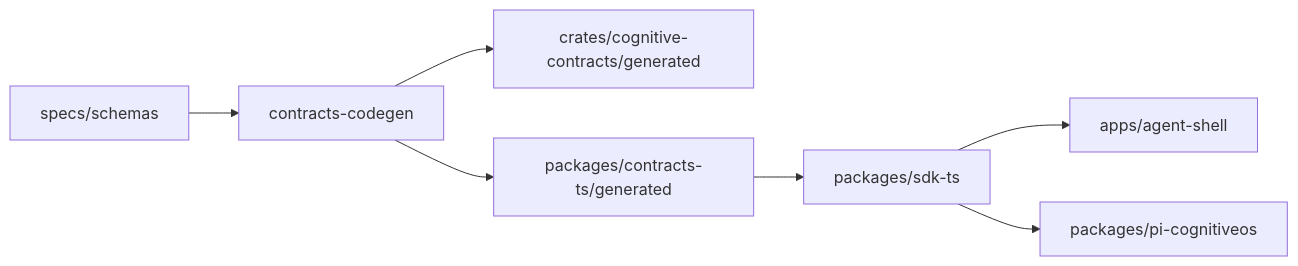
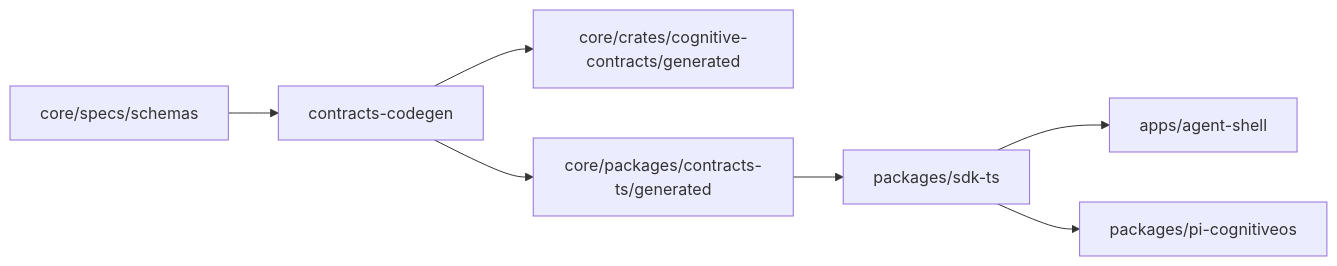
The second of 3 diagrams in docs/research/agent-work-system/11-repository-governance-and-topology-recommendation.md (agentkernel/cognitive-os), drawn with Mermaid before and after one commit. The commit also changed other lines of this file and 549 other files, not shown here.

````diff
--- a/docs/research/agent-work-system/11-repository-governance-and-topology-recommendation.md
+++ b/docs/research/agent-work-system/11-repository-governance-and-topology-recommendation.md
@@ -207,9 +207,9 @@
 ```mermaid
 flowchart LR
-  SPEC[specs/schemas] --> GEN[contracts-codegen]
-  GEN --> RUST[crates/cognitive-contracts/generated]
-  GEN --> TS[packages/contracts-ts/generated]
+  SPEC[core/specs/schemas] --> GEN[contracts-codegen]
+  GEN --> RUST[core/crates/cognitive-contracts/generated]
+  GEN --> TS[core/packages/contracts-ts/generated]
   TS --> SDK[packages/sdk-ts]
   SDK --> SHELL[apps/agent-shell]
   SDK --> PI[packages/pi-cognitiveos]
 ```
````
